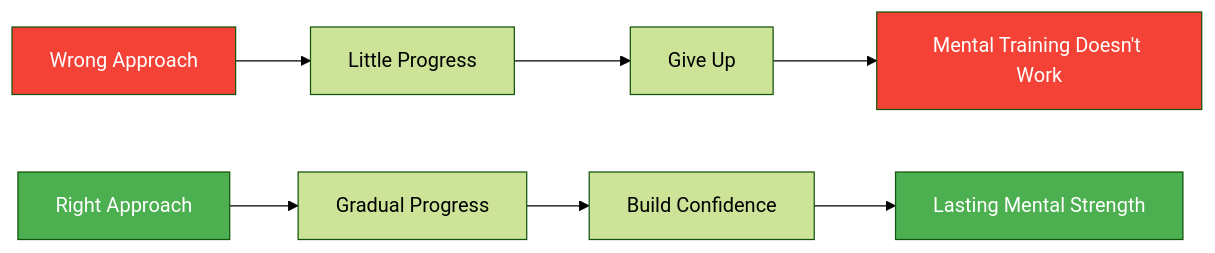
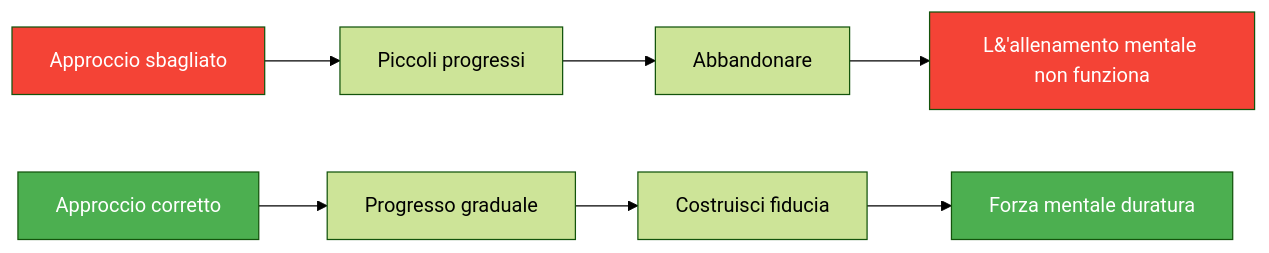
Before and after one commit to patwii/petanque-academy: the diagram in docs/it/articles/mental-training-mistakes.md, drawn with Mermaid (forest theme). The commit also changed other lines of this file and 550 other files, not shown here.

````diff
--- a/docs/it/articles/mental-training-mistakes.md
+++ b/docs/it/articles/mental-training-mistakes.md
@@ -16,15 +16,15 @@
 ```mermaid
 flowchart LR
-    A[Wrong Approach] --> B[Little Progress]
-    B --> C[Give Up]
-    C --> D[Mental Training Doesn't Work]
+    A[Approccio sbagliato] --> B[Piccoli progressi]
+    B --> C[Abbandonare]
+    C --> D[L&#39;allenamento mentale non funziona]
 
-    E[Right Approach] --> F[Gradual Progress]
-    F --> G[Build Confidence]
-    G --> H[Lasting Mental Strength]
+    E[Approccio corretto] --> F[Progresso graduale]
+    F --> G[Costruisci fiducia]
+    G --> H[Forza mentale duratura]
 
     style A fill:#f44336,color:#fff
     style D fill:#f44336,color:#fff
     style E fill:#4CAF50,color:#fff
     style H fill:#4CAF50,color:#fff
 ```
````
